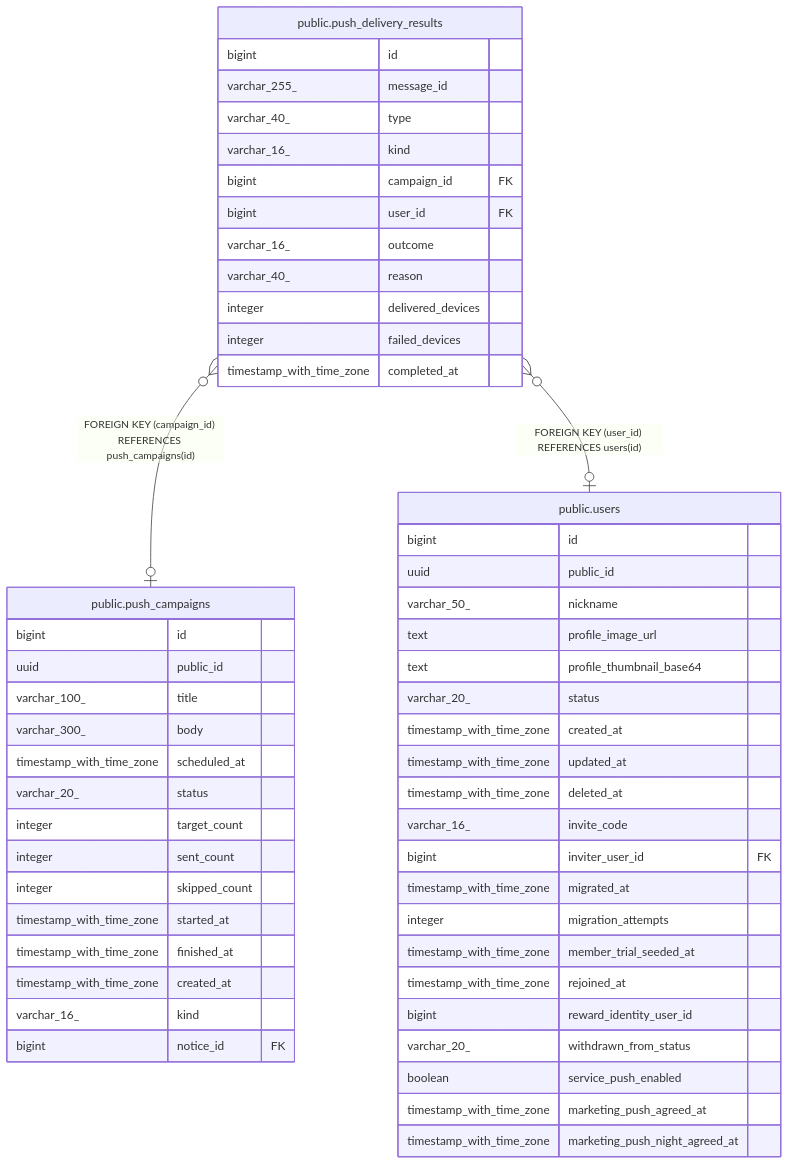
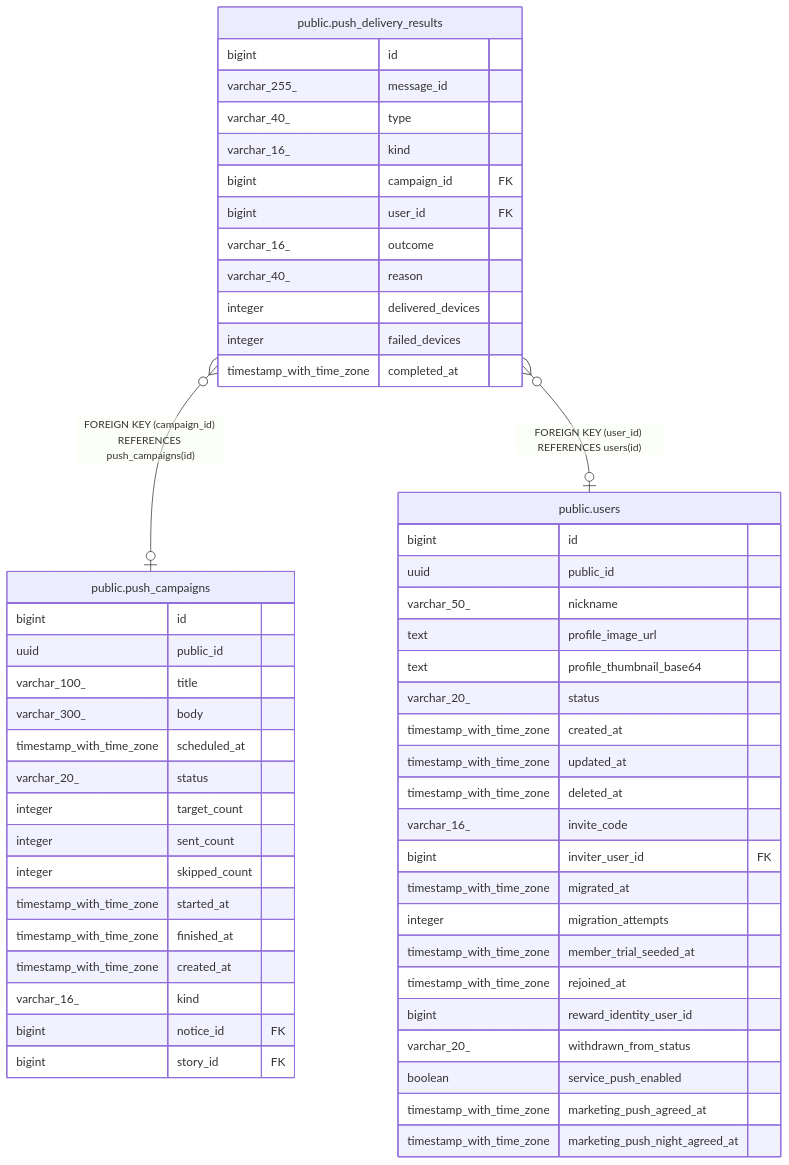
The diagram in dbdoc/public.push_delivery_results.md (KIM-N-KANG/manyak-server), drawn with Mermaid before and after one commit. The commit also changed 20 other files, not shown here.

````diff
--- a/dbdoc/public.push_delivery_results.md
+++ b/dbdoc/public.push_delivery_results.md
@@ -43,58 +43,59 @@
 ```mermaid
 erDiagram
 
 "public.push_delivery_results" }o--o| "public.push_campaigns" : "FOREIGN KEY (campaign_id) REFERENCES push_campaigns(id)"
 "public.push_delivery_results" }o--o| "public.users" : "FOREIGN KEY (user_id) REFERENCES users(id)"
 
 "public.push_delivery_results" {
   bigint id
   varchar_255_ message_id
   varchar_40_ type
   varchar_16_ kind
   bigint campaign_id FK
   bigint user_id FK
   varchar_16_ outcome
   varchar_40_ reason
   integer delivered_devices
   integer failed_devices
   timestamp_with_time_zone completed_at
 }
 "public.push_campaigns" {
   bigint id
   uuid public_id
   varchar_100_ title
   varchar_300_ body
   timestamp_with_time_zone scheduled_at
   varchar_20_ status
   integer target_count
   integer sent_count
   integer skipped_count
   timestamp_with_time_zone started_at
   timestamp_with_time_zone finished_at
   timestamp_with_time_zone created_at
   varchar_16_ kind
   bigint notice_id FK
+  bigint story_id FK
 }
 "public.users" {
   bigint id
   uuid public_id
   varchar_50_ nickname
   text profile_image_url
   text profile_thumbnail_base64
   varchar_20_ status
   timestamp_with_time_zone created_at
   timestamp_with_time_zone updated_at
   timestamp_with_time_zone deleted_at
   varchar_16_ invite_code
   bigint inviter_user_id FK
   timestamp_with_time_zone migrated_at
   integer migration_attempts
   timestamp_with_time_zone member_trial_seeded_at
   timestamp_with_time_zone rejoined_at
   bigint reward_identity_user_id
   varchar_20_ withdrawn_from_status
   boolean service_push_enabled
   timestamp_with_time_zone marketing_push_agreed_at
   timestamp_with_time_zone marketing_push_night_agreed_at
 }
 ```
````
